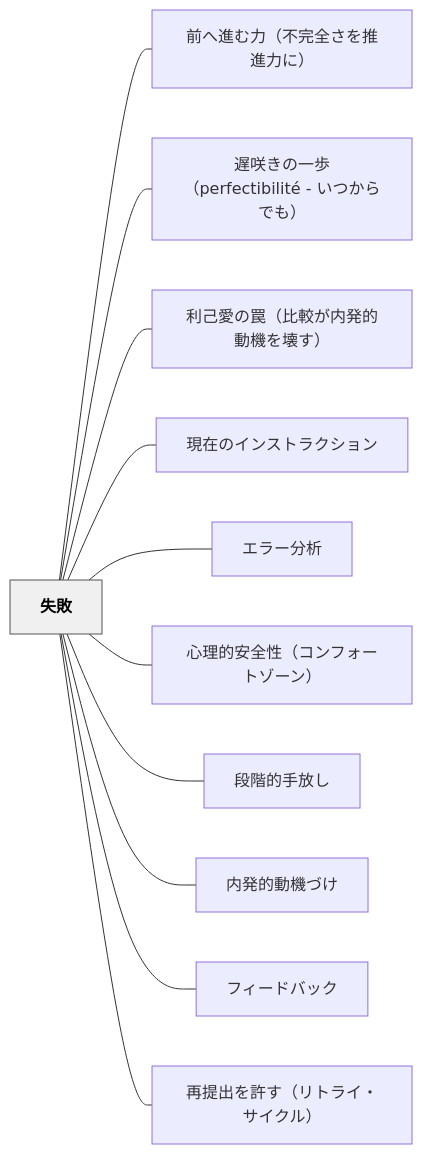
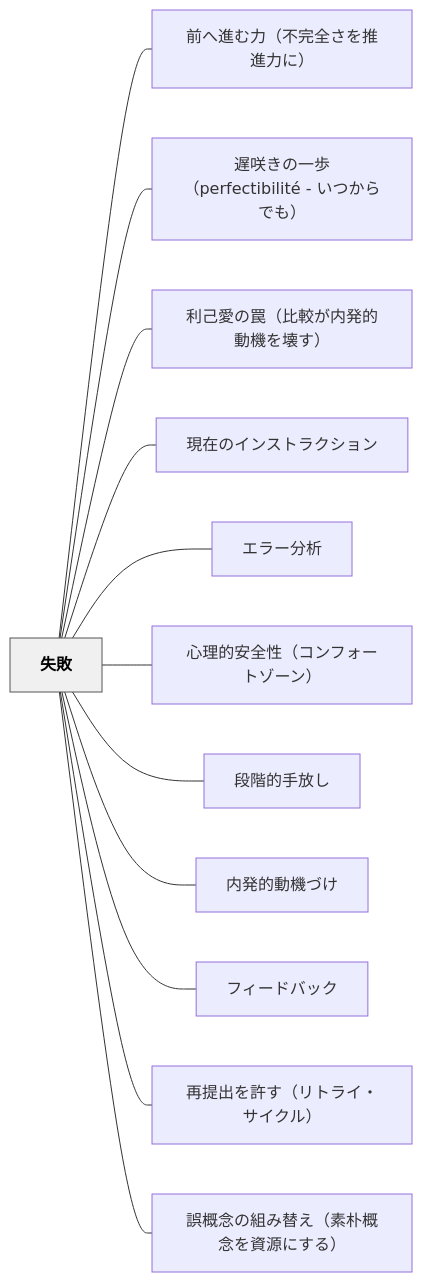
One commit to unknownthings-ed-patterns/unknownthings-ed-patterns changed the diagram in content/パタン/失敗.md. Above: the diagram before and after it, drawn with Mermaid. The commit also changed other lines of this file and 2 other files, not shown here.

Commit message:
auto: Obsidianから同期 2026-06-13 02:50

````diff
--- a/content/パタン/失敗.md
+++ b/content/パタン/失敗.md
@@ -77,28 +78,30 @@
 ```mermaid
 flowchart LR
     ne5a4b1e69597["失敗"]
     ne5898de381b8e980b2e38280e58a9befbc88e4b88de5ae8ce585a8e38195e38292e68ea8e980b2e58a9be381abefbc89["前へ進む力（不完全さを推進力に）"]
     ne98185e592b2e3818de381aee4b880e6ada9efbc88706572666563746962696c6974c3a9202d20e38184e381a4e3818be38289e381a7e38282efbc89["遅咲きの一歩（perfectibilité - いつからでも）"]
     ne588a9e5b7b1e6849be381aee7bda0efbc88e6af94e8bc83e3818ce58685e799bae79a84e58b95e6a99fe38292e5a38ae38199efbc89["利己愛の罠（比較が内発的動機を壊す）"]
     ne78fbee59ca8e381aee382a4e383b3e382b9e38388e383a9e382afe382b7e383a7e383b3["現在のインストラクション"]
     ne382a8e383a9e383bce58886e69e90["エラー分析"]
     ne5bf83e79086e79a84e5ae89e585a8e680a7efbc88e382b3e383b3e38395e382a9e383bce38388e382bee383bce383b3efbc89["心理的安全性（コンフォートゾーン）"]
     ne6aeb5e99a8ee79a84e6898be694bee38197["段階的手放し"]
     ne58685e799bae79a84e58b95e6a99fe381a5e38191["内発的動機づけ"]
     ne38395e382a3e383bce38389e38390e38383e382af["フィードバック"]
     ne5868de68f90e587bae38292e8a8b1e38199efbc88e383aae38388e383a9e382a4e383bbe382b5e382a4e382afe383abefbc89["再提出を許す（リトライ・サイクル）"]
+    ne8aaa4e6a682e5bfb5e381aee7b584e381bfe69bbfe38188efbc88e7b4a0e69cb4e6a682e5bfb5e38292e8b387e6ba90e381abe38199e3828befbc89["誤概念の組み替え（素朴概念を資源にする）"]
 
     ne5a4b1e69597 --- ne5898de381b8e980b2e38280e58a9befbc88e4b88de5ae8ce585a8e38195e38292e68ea8e980b2e58a9be381abefbc89
     ne5a4b1e69597 --- ne98185e592b2e3818de381aee4b880e6ada9efbc88706572666563746962696c6974c3a9202d20e38184e381a4e3818be38289e381a7e38282efbc89
     ne5a4b1e69597 --- ne588a9e5b7b1e6849be381aee7bda0efbc88e6af94e8bc83e3818ce58685e799bae79a84e58b95e6a99fe38292e5a38ae38199efbc89
     ne5a4b1e69597 --- ne78fbee59ca8e381aee382a4e383b3e382b9e38388e383a9e382afe382b7e383a7e383b3
     ne5a4b1e69597 --- ne382a8e383a9e383bce58886e69e90
     ne5a4b1e69597 --- ne5bf83e79086e79a84e5ae89e585a8e680a7efbc88e382b3e383b3e38395e382a9e383bce38388e382bee383bce383b3efbc89
     ne5a4b1e69597 --- ne6aeb5e99a8ee79a84e6898be694bee38197
     ne5a4b1e69597 --- ne58685e799bae79a84e58b95e6a99fe381a5e38191
     ne5a4b1e69597 --- ne38395e382a3e383bce38389e38390e38383e382af
     ne5a4b1e69597 --- ne5868de68f90e587bae38292e8a8b1e38199efbc88e383aae38388e383a9e382a4e383bbe382b5e382a4e382afe383abefbc89
+    ne5a4b1e69597 --- ne8aaa4e6a682e5bfb5e381aee7b584e381bfe69bbfe38188efbc88e7b4a0e69cb4e6a682e5bfb5e38292e8b387e6ba90e381abe38199e3828befbc89
 
     classDef hub fill:#f0f0f0,stroke:#555,color:#000,font-weight:bold
     class ne5a4b1e69597 hub
 ```
````
